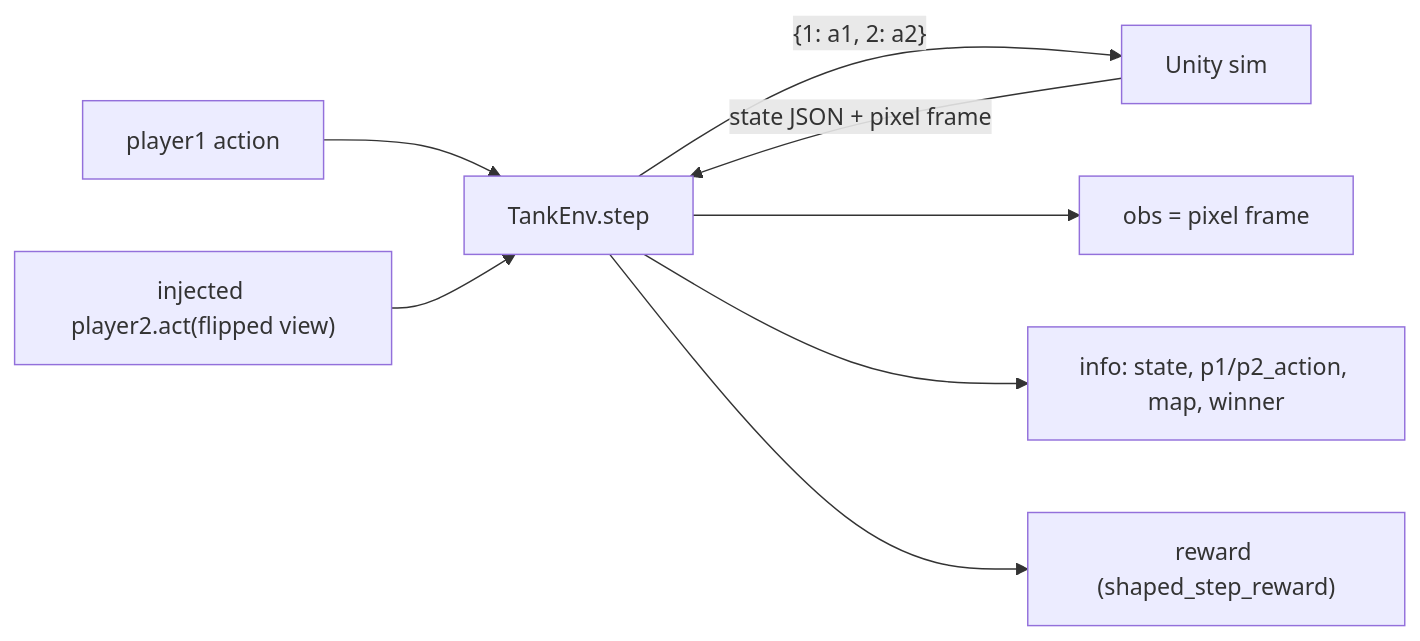
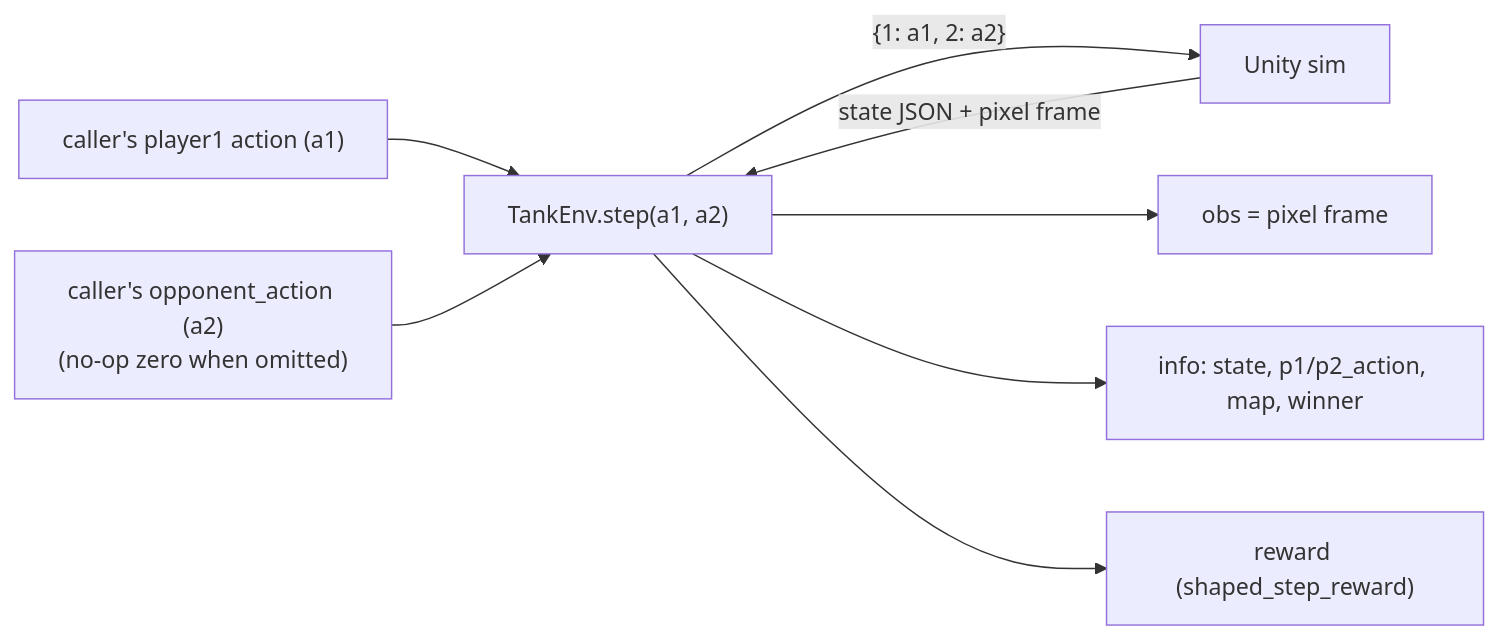
One commit to urciuolim/TankTwinStickShooter changed the diagram in docs/components/env.md. Above: the diagram before and after it, drawn with Mermaid. The commit also changed other lines of this file and 15 other files, not shown here.

First line of the commit message:
refactor(env): symmetric step(action, opponent_action); driver owns both players

````diff
--- a/docs/components/env.md
+++ b/docs/components/env.md
@@ -76,10 +89,10 @@
 ```mermaid
 graph LR
-    agent1["player1 action"] --> step["TankEnv.step"]
-    p2["injected player2.act(flipped view)"] --> step
+    a1["caller's player1 action (a1)"] --> step["TankEnv.step(a1, a2)"]
+    a2["caller's opponent_action (a2)<br/>(no-op zero when omitted)"] --> step
     step -->|"{1: a1, 2: a2}"| unity["Unity sim"]
     unity -->|"state JSON + pixel frame"| step
     step --> obs["obs = pixel frame"]
     step --> info["info: state, p1/p2_action, map, winner"]
     step --> rew["reward (shaped_step_reward)"]
 ```
````
